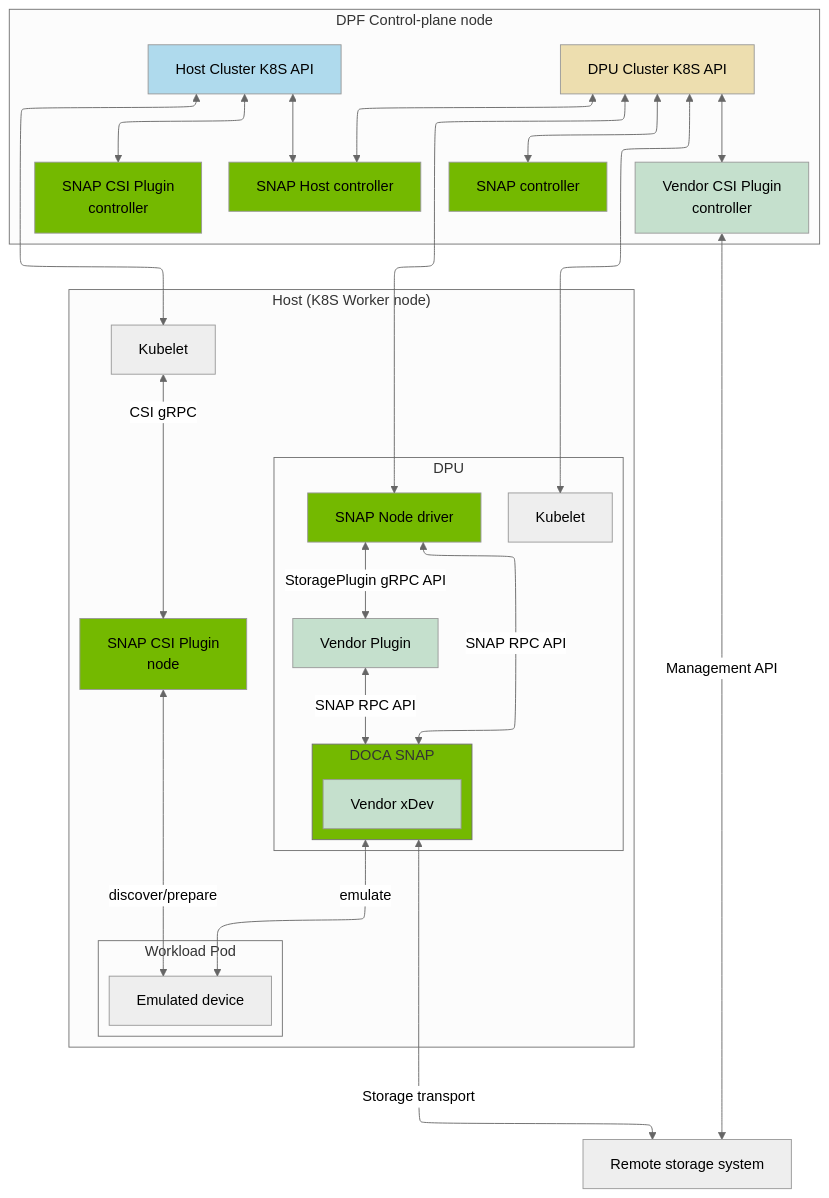
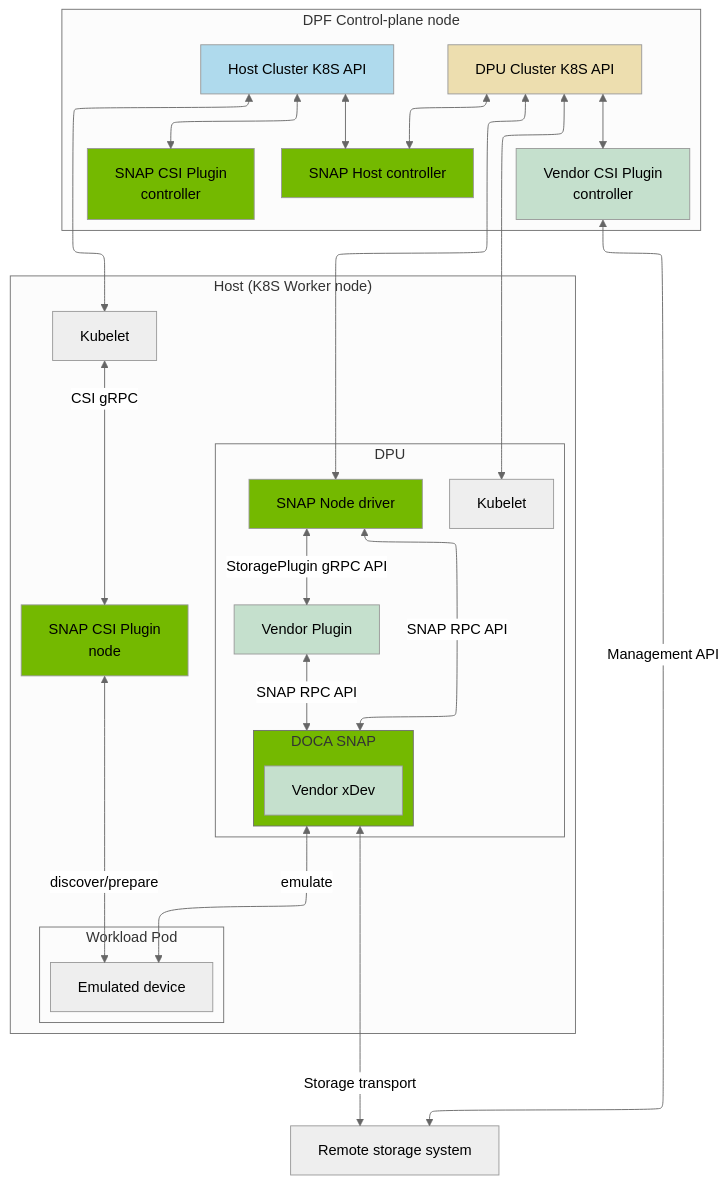
The first of 9 diagrams in docs/public/developer-guides/services/storage.md (NVIDIA/doca-platform), drawn with Mermaid before and after one commit. The commit also changed other lines of this file, not shown here.

````diff
--- a/docs/public/developer-guides/services/storage.md
+++ b/docs/public/developer-guides/services/storage.md
@@ -50,62 +51,59 @@
 ```mermaid
 %%{
   init: {
     "theme": "neutral",
     "flowchart": {"wrap": true,"nodePadding": 1}
   }
 }%%
 
 flowchart-elk
     storage_system[Remote storage system]
     subgraph control_plane[DPF Control-plane node]
         api_dpu[DPU Cluster K8S API]
         api_host[Host Cluster K8S API]
         snap_csi_plugin_controller[SNAP CSI Plugin<br>controller]
-        snap_controller[SNAP controller]
         snap_host_controller[SNAP Host controller]
         vendor_csi_plugin[Vendor CSI Plugin<br>controller]
     end
     subgraph worker["Host (K8S Worker node)"]
         snap_csi_plugin_node[SNAP CSI Plugin<br>node]
         worker_kubelet[Kubelet]
         subgraph workload[Workload Pod]
           emulated_device[Emulated device]
         end
         subgraph dpu[DPU]
             dpu_kubelet[Kubelet]
             snap_node_driver[SNAP Node driver]
             subgraph doca_snap[DOCA SNAP]
               vendor_xdev[Vendor xDev]
             end
             vendor_plugin[Vendor Plugin]
         end
     end
     api_host <--> snap_host_controller
     api_host <--> snap_csi_plugin_controller
     api_host <--> worker_kubelet
     api_dpu <--> snap_host_controller
-    api_dpu <--> snap_controller
     api_dpu <--> vendor_csi_plugin
     api_dpu <--> snap_node_driver
     api_dpu <--> dpu_kubelet
     worker_kubelet <-->|CSI gRPC| snap_csi_plugin_node
     vendor_csi_plugin <-->|Management API| storage_system
     snap_node_driver <-->|SNAP RPC API| doca_snap
     snap_node_driver <-->|StoragePlugin gRPC API| vendor_plugin
     vendor_plugin <-->|SNAP RPC API| doca_snap
     doca_snap <-->|Storage transport| storage_system
     doca_snap <--> |emulate| emulated_device
     snap_csi_plugin_node <-->|discover/prepare| emulated_device
 
     style snap_host_controller fill:#74b900
     style snap_csi_plugin_controller fill:#74b900
-    style snap_controller fill:#74b900
     style vendor_csi_plugin fill:#c5e0cd
     style snap_csi_plugin_node fill:#74b900
     style snap_node_driver fill:#74b900
     style doca_snap fill:#74b900
     style vendor_plugin fill:#c5e0cd
     style vendor_xdev fill:#c5e0cd
     style api_host fill:#afdaed
     style api_dpu fill:#eddeaf
 ```
````
